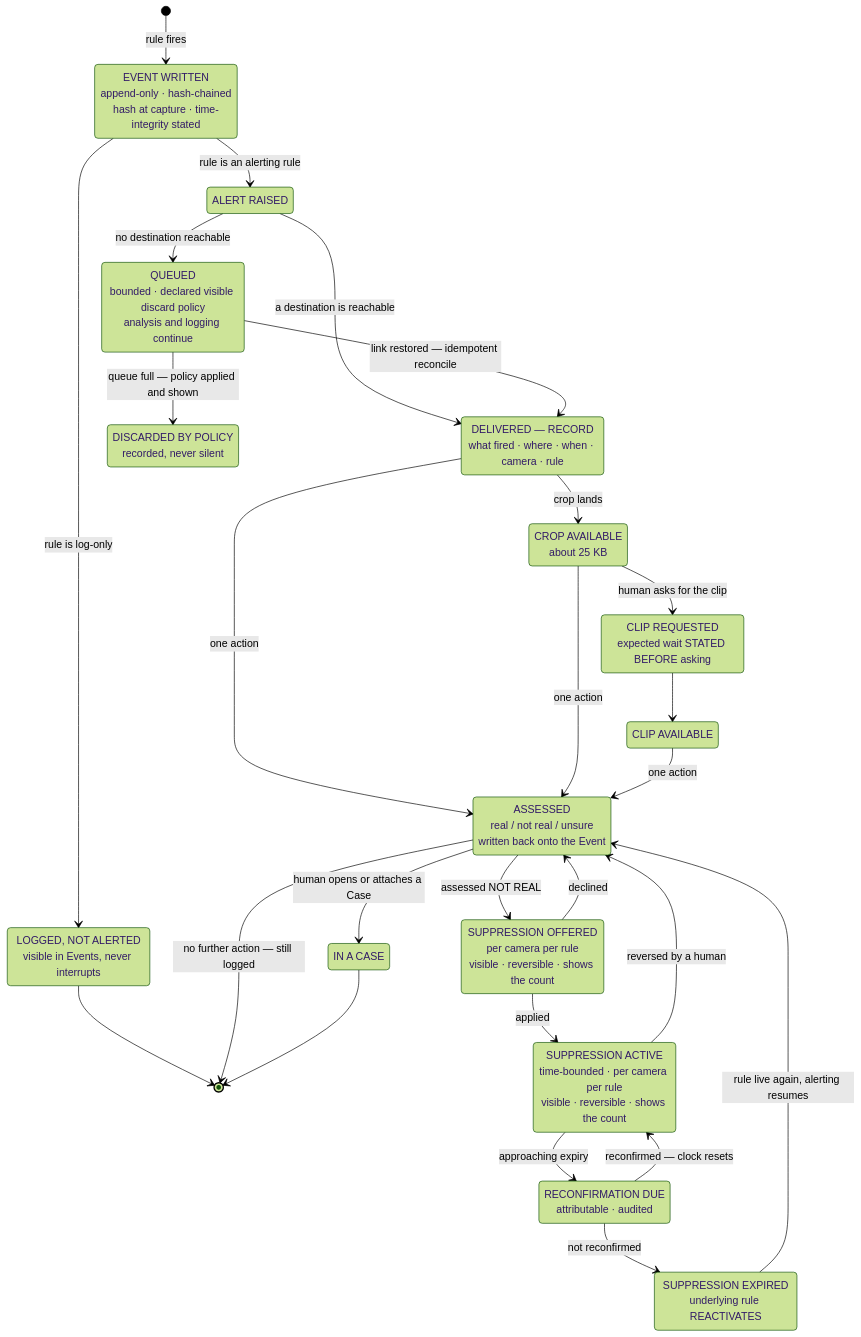
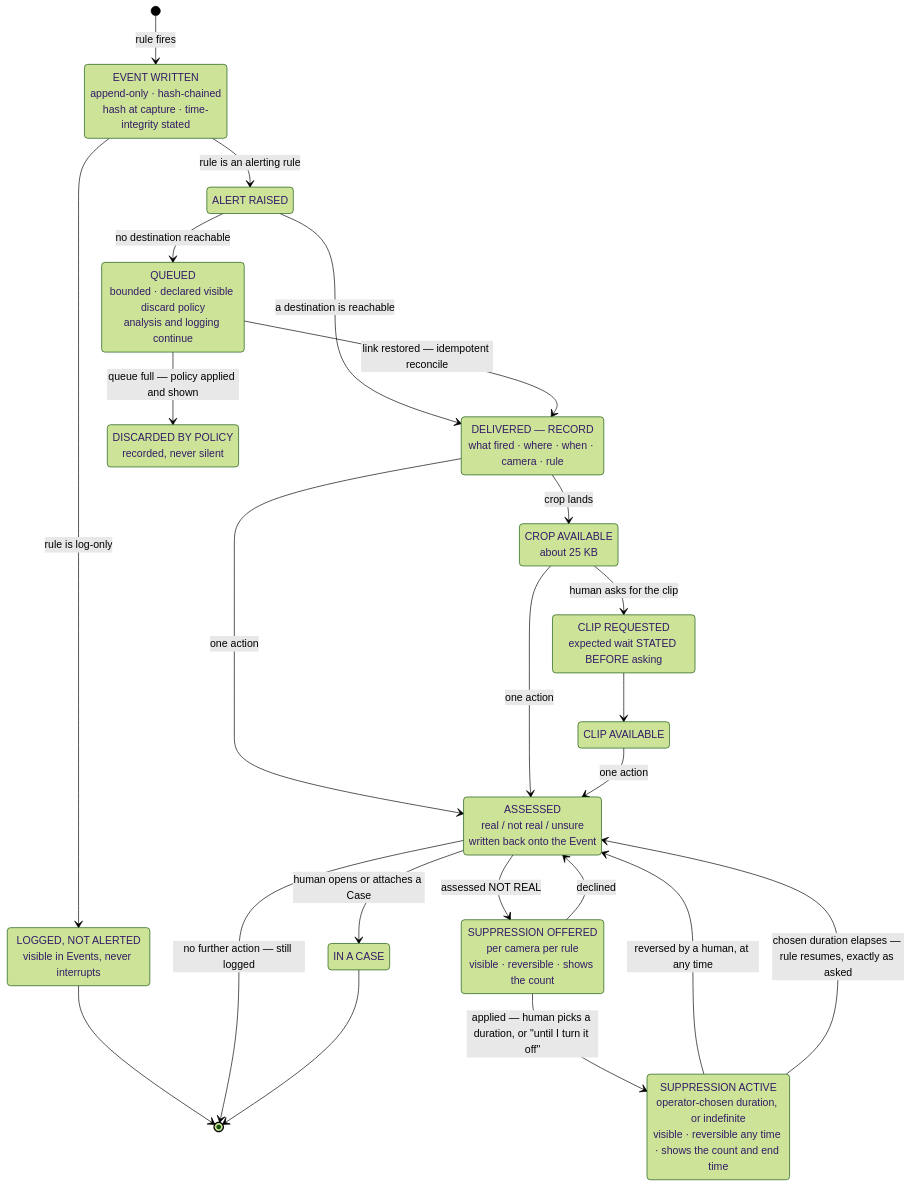
Before and after one commit to Sujatx/ibvap: the third of 5 diagrams in docs/03-design/UX.md, drawn with Mermaid (forest theme). The commit also changed other lines of this file and 9 other files, not shown here.

````diff
--- a/docs/03-design/UX.md
+++ b/docs/03-design/UX.md
@@ -505,53 +505,48 @@
 ```mermaid
 stateDiagram-v2
     [*] --> EventWritten: rule fires
 
     EventWritten: EVENT WRITTEN<br/>append-only · hash-chained<br/>hash at capture · time-integrity stated
     EventWritten --> NotAlerting: rule is log-only
     NotAlerting: LOGGED, NOT ALERTED<br/>visible in Events, never interrupts
     NotAlerting --> [*]
 
     EventWritten --> AlertRaised: rule is an alerting rule
     AlertRaised: ALERT RAISED
 
     AlertRaised --> Delivered: a destination is reachable
     AlertRaised --> Queued: no destination reachable
 
     Queued: QUEUED<br/>bounded · declared visible discard policy<br/>analysis and logging continue
     Queued --> Delivered: link restored — idempotent reconcile
     Queued --> Discarded: queue full — policy applied and shown
     Discarded: DISCARDED BY POLICY<br/>recorded, never silent
 
     Delivered: DELIVERED — RECORD<br/>what fired · where · when · camera · rule
     Delivered --> CropAvailable: crop lands
     CropAvailable: CROP AVAILABLE<br/>about 25 KB
     CropAvailable --> ClipRequested: human asks for the clip
     ClipRequested: CLIP REQUESTED<br/>expected wait STATED BEFORE asking
     ClipRequested --> ClipAvailable
     ClipAvailable: CLIP AVAILABLE
 
     Delivered --> Assessed: one action
     CropAvailable --> Assessed: one action
     ClipAvailable --> Assessed: one action
 
     Assessed: ASSESSED<br/>real / not real / unsure<br/>written back onto the Event
 
     Assessed --> SuppressionOffered: assessed NOT REAL
     SuppressionOffered: SUPPRESSION OFFERED<br/>per camera per rule<br/>visible · reversible · shows the count
     SuppressionOffered --> Assessed: declined
 
-    SuppressionOffered --> SuppressionActive: applied
-    SuppressionActive: SUPPRESSION ACTIVE<br/>time-bounded · per camera per rule<br/>visible · reversible · shows the count
-    SuppressionActive --> Assessed: reversed by a human
-    SuppressionActive --> ReconfirmDue: approaching expiry
-    ReconfirmDue: RECONFIRMATION DUE<br/>attributable · audited
-    ReconfirmDue --> SuppressionActive: reconfirmed — clock resets
-    ReconfirmDue --> SuppressionExpired: not reconfirmed
-    SuppressionExpired: SUPPRESSION EXPIRED<br/>underlying rule REACTIVATES
-    SuppressionExpired --> Assessed: rule live again, alerting resumes
+    SuppressionOffered --> SuppressionActive: applied — human picks a duration, or "until I turn it off"
+    SuppressionActive: SUPPRESSION ACTIVE<br/>operator-chosen duration, or indefinite<br/>visible · reversible any time · shows the count and end time
+    SuppressionActive --> Assessed: reversed by a human, at any time
+    SuppressionActive --> Assessed: chosen duration elapses — rule resumes, exactly as asked
 
     Assessed --> InCase: human opens or attaches a Case
     InCase: IN A CASE
     Assessed --> [*]: no further action — still logged
     InCase --> [*]
 ```
````
